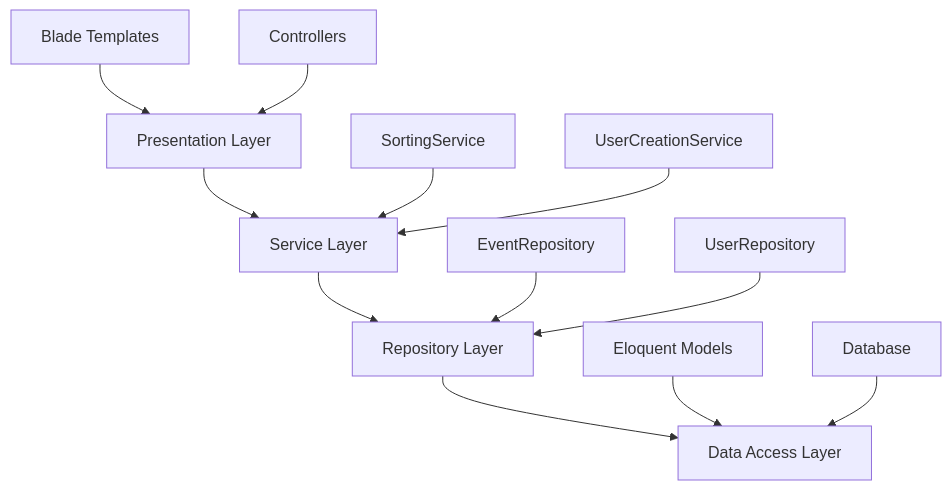
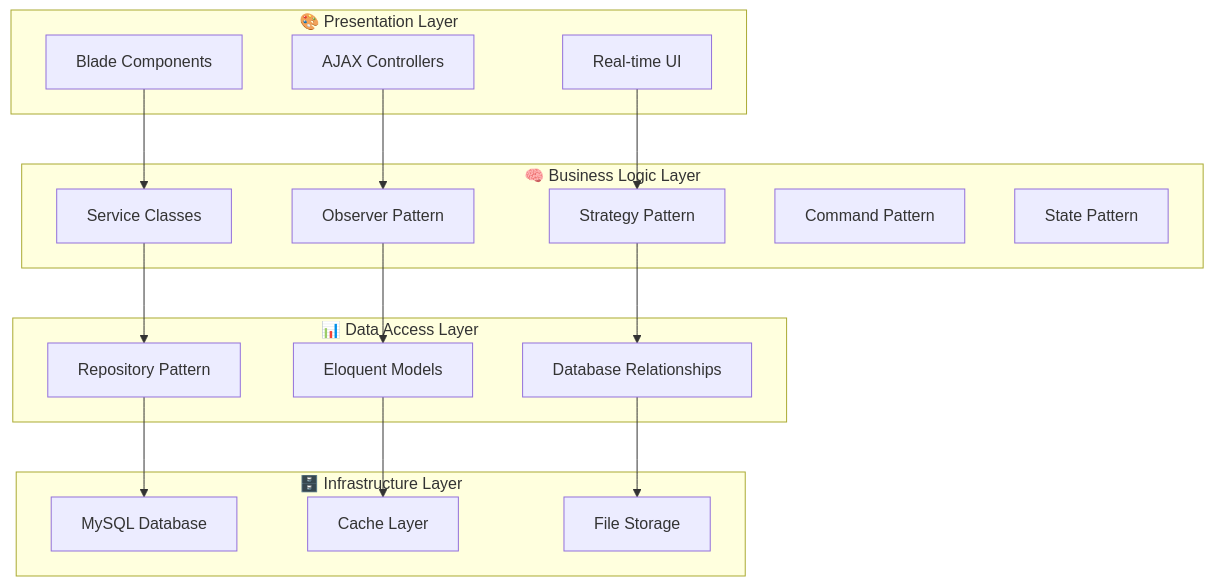
One commit to Event-Management-Ticketing-System-EMTS/Event-Management-Ticketing-System changed the ninth of 17 diagrams in README.md. Above: the diagram before and after it, drawn with Mermaid. The commit also changed other lines of this file and 1 other file, not shown here.

````diff
--- a/README.md
+++ b/README.md
@@ -96,18 +250,38 @@
 ```mermaid
 graph TB
-    A[Presentation Layer] --> B[Service Layer]
-    B --> C[Repository Layer]
-    C --> D[Data Access Layer]
+    subgraph "🎨 Presentation Layer"
+        A[Blade Components]
+        B[AJAX Controllers]
+        C[Real-time UI]
+    end
     
-    A1[Blade Templates] --> A
-    A2[Controllers] --> A
+    subgraph "🧠 Business Logic Layer"
+        D[Service Classes]
+        E[Observer Pattern]
+        F[Strategy Pattern]
+        G[Command Pattern]
+        H[State Pattern]
+    end
     
-    B1[SortingService] --> B
-    B2[UserCreationService] --> B
+    subgraph "📊 Data Access Layer"
+        I[Repository Pattern]
+        J[Eloquent Models]
+        K[Database Relationships]
+    end
     
-    C1[EventRepository] --> C
-    C2[UserRepository] --> C
+    subgraph "🗄️ Infrastructure Layer"
+        L[MySQL Database]
+        M[Cache Layer]
+        N[File Storage]
+    end
     
-    D1[Eloquent Models] --> D
-    D2[Database] --> D
+    A --> D
+    B --> E
+    C --> F
+    D --> I
+    E --> J
+    F --> K
+    I --> L
+    J --> M
+    K --> N
 ```
````
